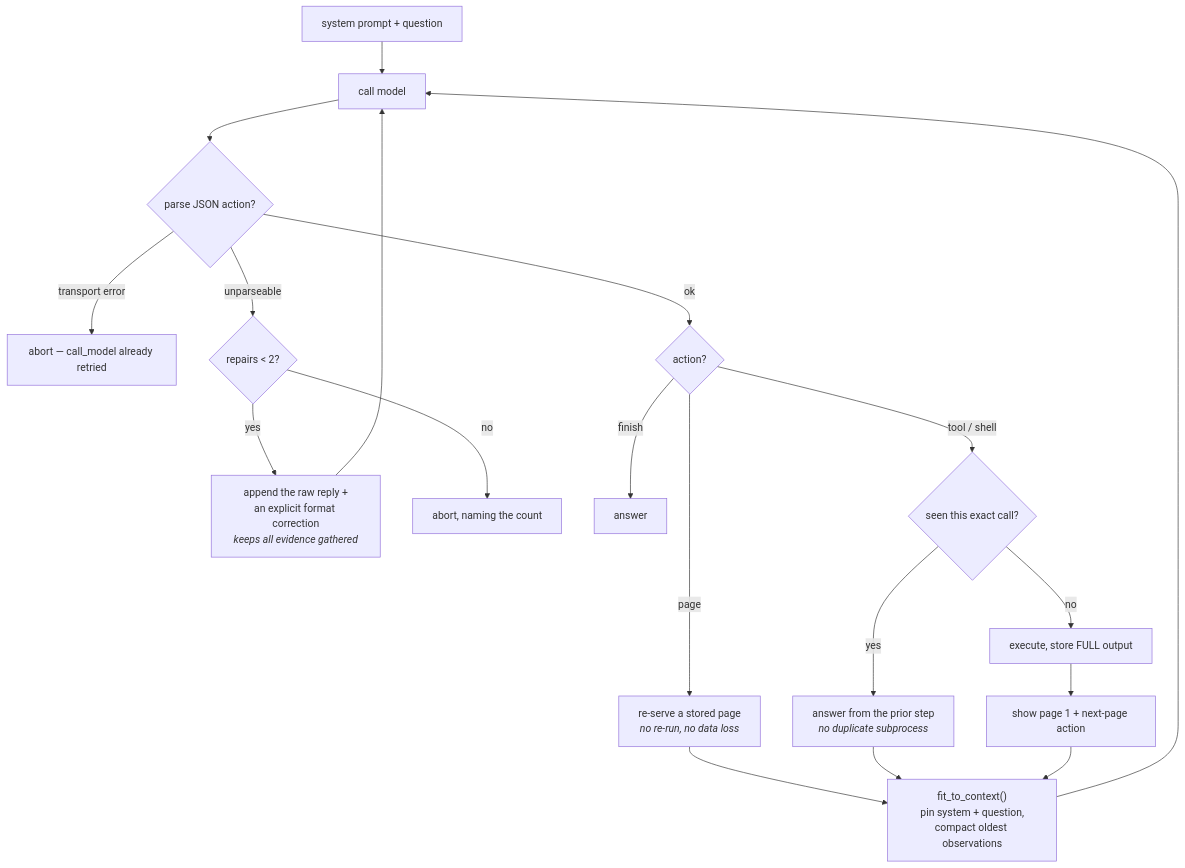
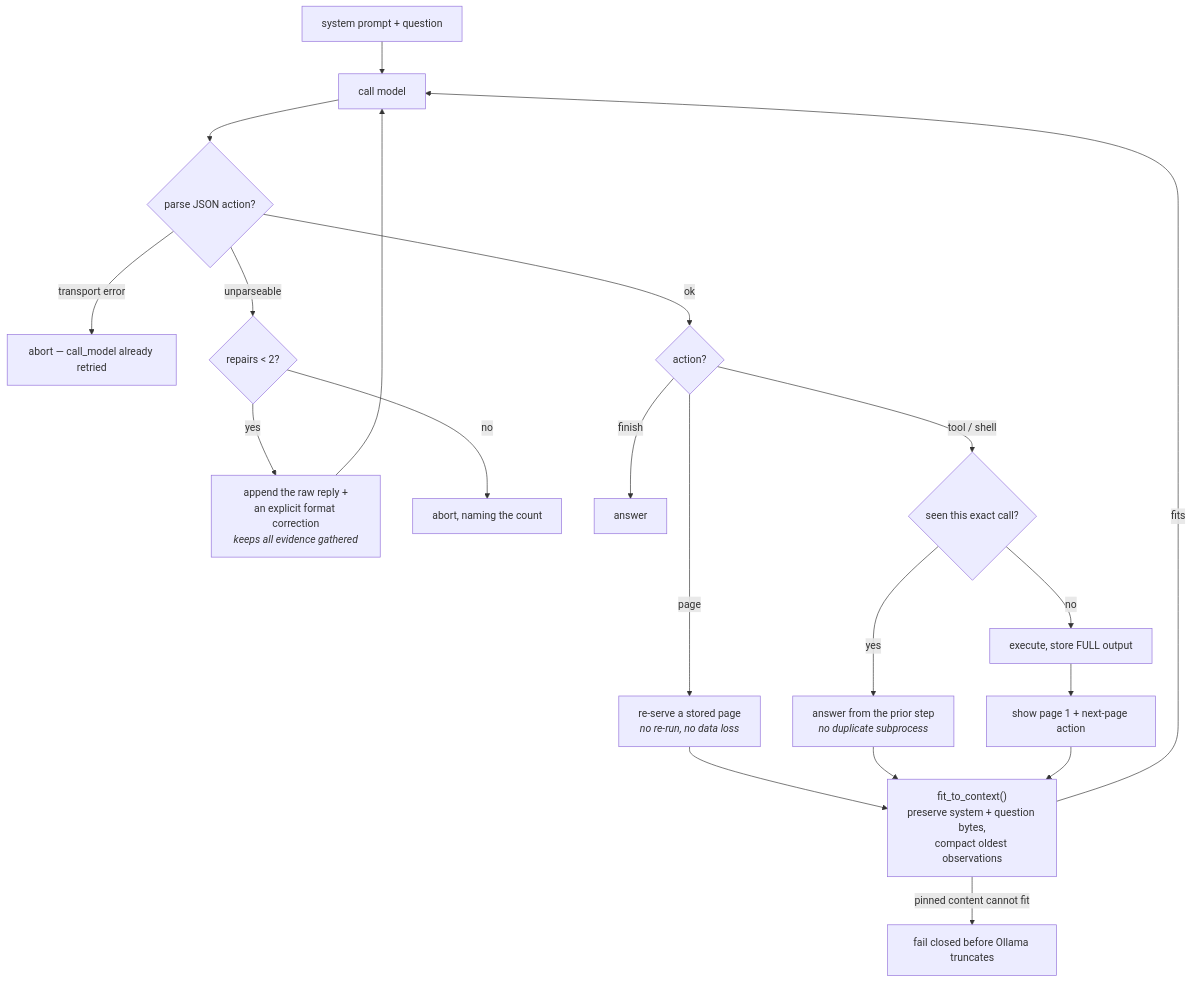
One commit to bgauryy/FreeLlama changed the diagram in AGENTS.md. Above: the diagram before and after it, drawn with Mermaid. The commit also changed other lines of this file and 149 other files, not shown here.

````diff
--- a/AGENTS.md
+++ b/AGENTS.md
@@ -145,21 +143,22 @@
 ```mermaid
 flowchart TD
     S["system prompt + question"] --> C["call model"]
     C --> P{"parse JSON action?"}
     P -->|"transport error"| DIE["abort — call_model already retried"]
     P -->|"unparseable"| REP{"repairs < 2?"}
     REP -->|"yes"| FIX["append the raw reply +<br/>an explicit format correction<br/><i>keeps all evidence gathered</i>"]
     FIX --> C
     REP -->|"no"| DIE2["abort, naming the count"]
     P -->|"ok"| A{"action?"}
     A -->|"finish"| DONE["answer"]
     A -->|"page"| PG["re-serve a stored page<br/><i>no re-run, no data loss</i>"]
     PG --> FIT
     A -->|"tool / shell"| DUP{"seen this exact call?"}
     DUP -->|"yes"| NOTE["answer from the prior step<br/><i>no duplicate subprocess</i>"]
     DUP -->|"no"| RUN["execute, store FULL output"]
     RUN --> PAGE["show page 1 + next-page action"]
     NOTE --> FIT
-    PAGE --> FIT["fit_to_context()<br/>pin system + question,<br/>compact oldest observations"]
-    FIT --> C
+    PAGE --> FIT["fit_to_context()<br/>preserve system + question bytes,<br/>compact oldest observations"]
+    FIT -->|"fits"| C
+    FIT -->|"pinned content cannot fit"| DIE3["fail closed before Ollama truncates"]
 ```
````
